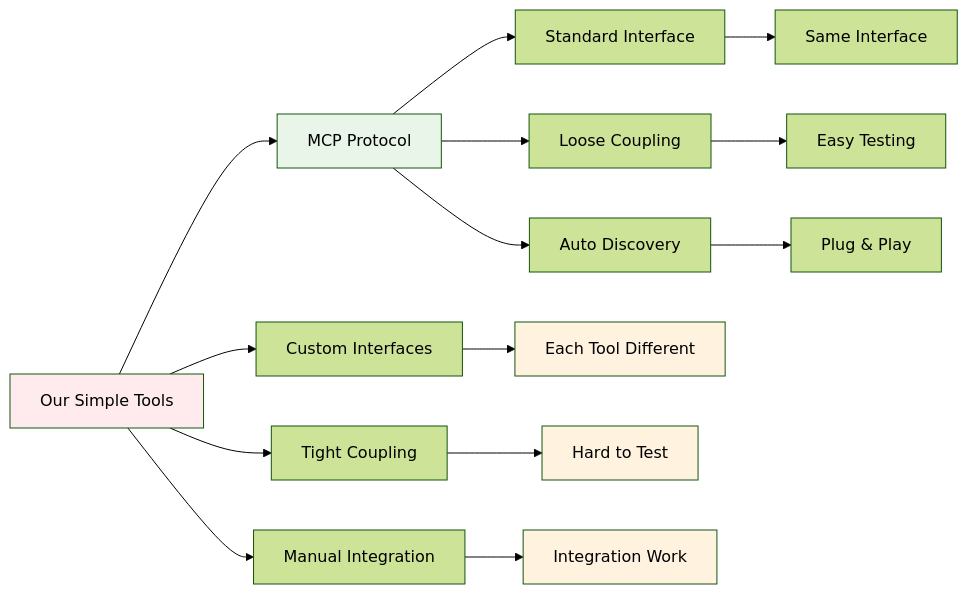
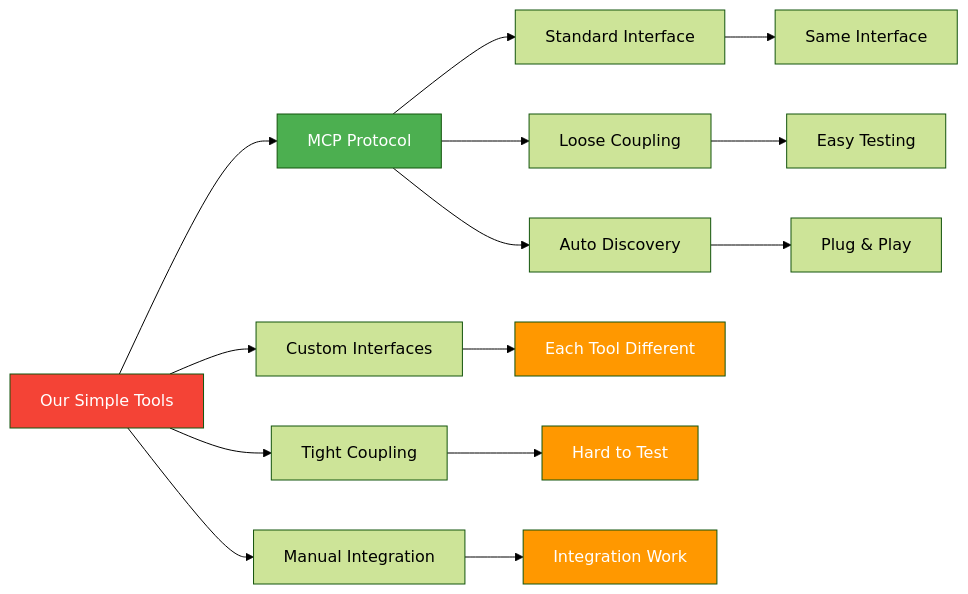
Before and after one commit to fwornle/agentic-ai-nano: diagram 17 of 17 in docs-content/01_frameworks/Session1_ModuleD_Coding_Assistant_Case_Study.md, drawn with Mermaid (forest theme). The commit also changed other lines of this file, not shown here.

Commit message:
docs: review Option D, styling (mermaid)

````diff
--- a/docs-content/01_frameworks/Session1_ModuleD_Coding_Assistant_Case_Study.md
+++ b/docs-content/01_frameworks/Session1_ModuleD_Coding_Assistant_Case_Study.md
@@ -1071,26 +1071,26 @@
 ```mermaid
 graph LR
     OUR[Our Simple Tools] --> MCP[MCP Protocol]
     
     OUR --> CUSTOM[Custom Interfaces]
     OUR --> TIGHT[Tight Coupling]
     OUR --> MANUAL[Manual Integration]
     
     MCP --> STANDARD[Standard Interface] 
     MCP --> LOOSE[Loose Coupling]
     MCP --> AUTO[Auto Discovery]
     
     CUSTOM --> PROBLEM1[Each Tool Different]
     TIGHT --> PROBLEM2[Hard to Test]
     MANUAL --> PROBLEM3[Integration Work]
     
     STANDARD --> SOLUTION1[Same Interface]
     LOOSE --> SOLUTION2[Easy Testing]
     AUTO --> SOLUTION3[Plug & Play]
     
-    style OUR fill:#ffebee
-    style MCP fill:#e8f5e8
-    style PROBLEM1 fill:#fff3e0
-    style PROBLEM2 fill:#fff3e0
-    style PROBLEM3 fill:#fff3e0
+    style OUR fill:#F44336,color:#ffffff
+    style MCP fill:#4CAF50,color:#ffffff
+    style PROBLEM1 fill:#FF9800,color:#ffffff
+    style PROBLEM2 fill:#FF9800,color:#ffffff
+    style PROBLEM3 fill:#FF9800,color:#ffffff
 ```
````
